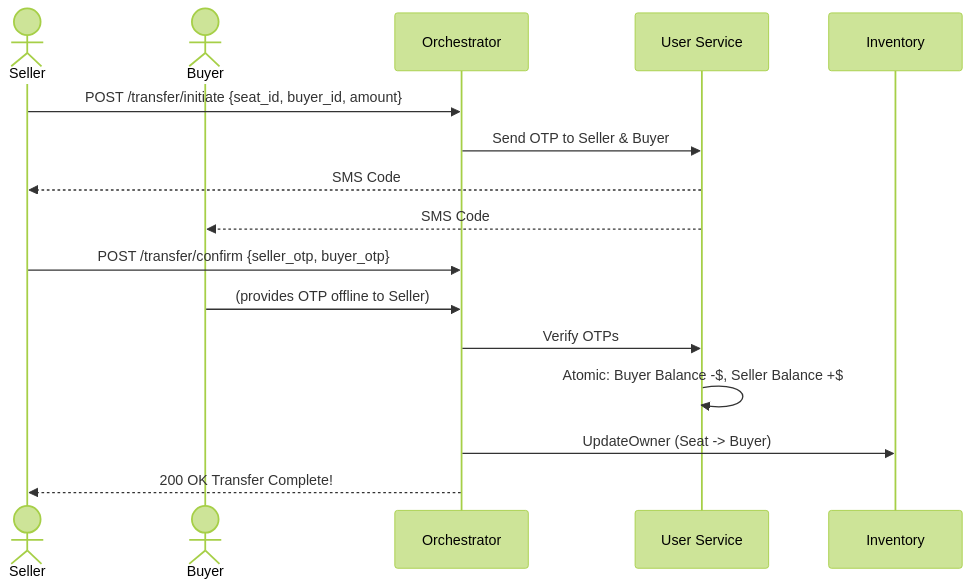
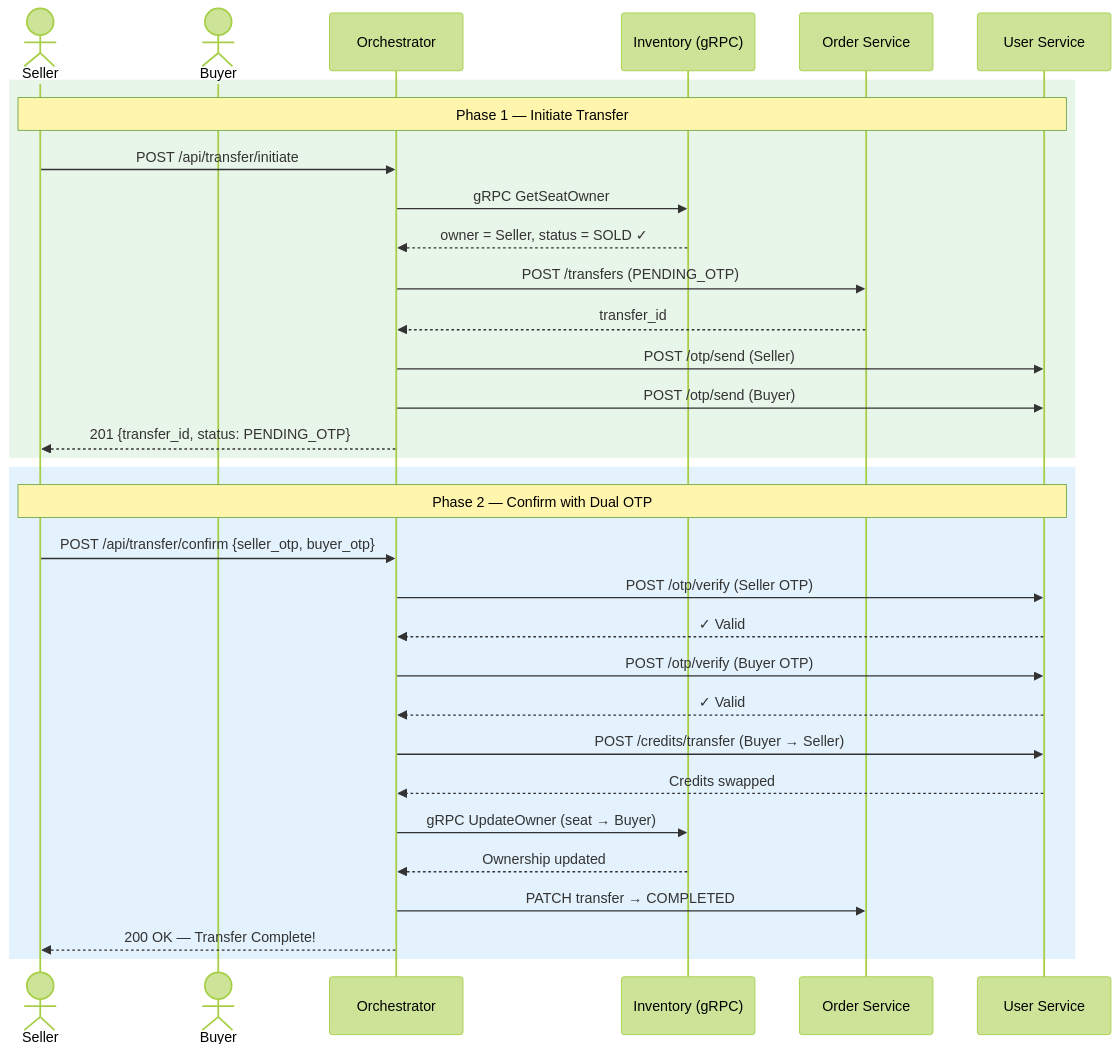
The fifth of 12 diagrams in README.md (bryanseah234/ticketremaster-b), drawn with Mermaid (forest theme) before and after one commit. The commit also changed other lines of this file, not shown here.

First line of the commit message:
docs: update README with accurate scenarios, failure paths, and mermaid diagrams

````diff
--- a/README.md
+++ b/README.md
@@ -234,20 +367,36 @@
 ```mermaid
 sequenceDiagram
     actor Seller
     actor Buyer
     participant Orch as Orchestrator
+    participant Inv as Inventory (gRPC)
+    participant OrderS as Order Service
     participant UserS as User Service
-    participant Inv as Inventory
-    
-    Seller->>Orch: POST /transfer/initiate {seat_id, buyer_id, amount}
-    Orch->>UserS: Send OTP to Seller & Buyer
-    UserS-->>Seller: SMS Code
-    UserS-->>Buyer: SMS Code
-    
-    Seller->>Orch: POST /transfer/confirm {seller_otp, buyer_otp}
-    Buyer->>Orch: (provides OTP offline to Seller)
-    Orch->>UserS: Verify OTPs
-    UserS->>UserS: Atomic: Buyer Balance -$, Seller Balance +$
-    Orch->>Inv: UpdateOwner (Seat -> Buyer)
-    Orch-->>Seller: 200 OK Transfer Complete!
+
+    rect rgb(232, 245, 233)
+    Note over Seller,UserS: Phase 1 — Initiate Transfer
+    Seller->>Orch: POST /api/transfer/initiate
+    Orch->>Inv: gRPC GetSeatOwner
+    Inv-->>Orch: owner = Seller, status = SOLD ✓
+    Orch->>OrderS: POST /transfers (PENDING_OTP)
+    OrderS-->>Orch: transfer_id
+    Orch->>UserS: POST /otp/send (Seller)
+    Orch->>UserS: POST /otp/send (Buyer)
+    Orch-->>Seller: 201 {transfer_id, status: PENDING_OTP}
+    end
+
+    rect rgb(227, 242, 253)
+    Note over Seller,UserS: Phase 2 — Confirm with Dual OTP
+    Seller->>Orch: POST /api/transfer/confirm {seller_otp, buyer_otp}
+    Orch->>UserS: POST /otp/verify (Seller OTP)
+    UserS-->>Orch: ✓ Valid
+    Orch->>UserS: POST /otp/verify (Buyer OTP)
+    UserS-->>Orch: ✓ Valid
+    Orch->>UserS: POST /credits/transfer (Buyer → Seller)
+    UserS-->>Orch: Credits swapped
+    Orch->>Inv: gRPC UpdateOwner (seat → Buyer)
+    Inv-->>Orch: Ownership updated
+    Orch->>OrderS: PATCH transfer → COMPLETED
+    Orch-->>Seller: 200 OK — Transfer Complete!
+    end
 ```
````
